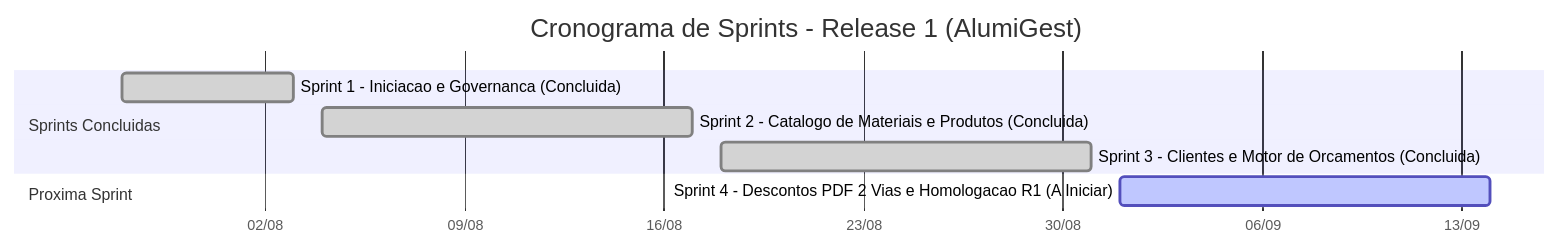
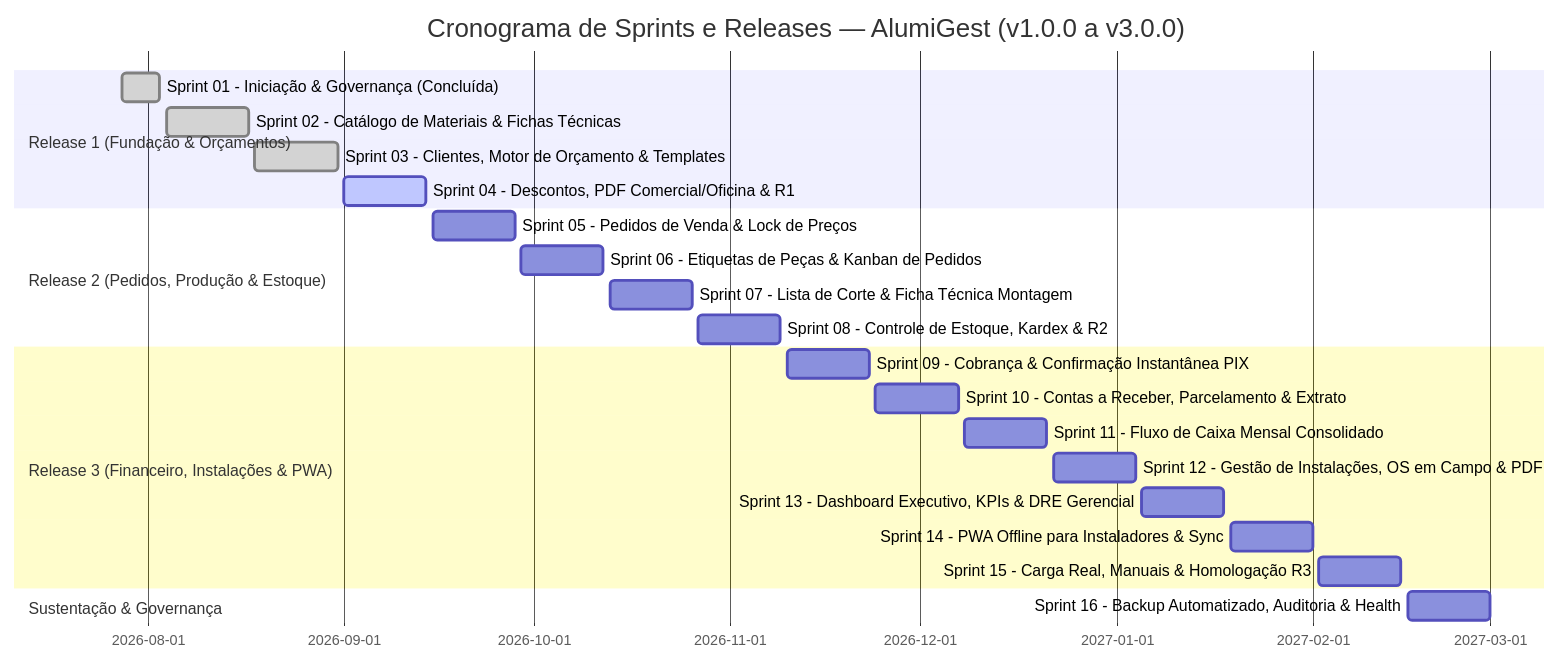
The diagram in docs/sistema/000-requisitos/PBL-Product_Backlog.md (ADS-IFPB-SR/alumigest), drawn with Mermaid before and after one commit. The commit also changed other lines of this file and 431 other files, not shown here.

First line of the commit message:
docs(sprint-05): consolidar governanca docs-as-code e encerramento da sprint 05 [US-10 / US-11]

````diff
--- a/docs/sistema/000-requisitos/PBL-Product_Backlog.md
+++ b/docs/sistema/000-requisitos/PBL-Product_Backlog.md
@@ -12,14 +13,25 @@
 ```mermaid
 gantt
-    title Cronograma de Sprints - Release 1 (AlumiGest)
+    title Cronograma de Sprints e Releases — AlumiGest (v1.0.0 a v3.0.0)
     dateFormat  YYYY-MM-DD
-    axisFormat  %d/%m
-
-    section Sprints Concluidas
-    Sprint 1 - Iniciacao e Governanca (Concluida)           :done, s1, 2026-07-28, 2026-08-03
-    Sprint 2 - Catalogo de Materiais e Produtos (Concluida) :done, s2, 2026-08-04, 2026-08-17
-    Sprint 3 - Clientes e Motor de Orcamentos (Concluida)   :done, s3, 2026-08-18, 2026-08-31
-
-    section Proxima Sprint
-    Sprint 4 - Descontos PDF 2 Vias e Homologacao R1 (A Iniciar) :active, s4, 2026-09-01, 2026-09-14
+    section Release 1 (Fundação & Orçamentos)
+    Sprint 01 - Iniciação & Governança (Concluída)        :done, s1, 2026-07-28, 2026-08-03
+    Sprint 02 - Catálogo de Materiais & Fichas Técnicas   :done, s2, 2026-08-04, 2026-08-17
+    Sprint 03 - Clientes, Motor de Orçamento & Templates  :done, s3, 2026-08-18, 2026-08-31
+    Sprint 04 - Descontos, PDF Comercial/Oficina & R1     :active, s4, 2026-09-01, 2026-09-14
+    section Release 2 (Pedidos, Produção & Estoque)
+    Sprint 05 - Pedidos de Venda & Lock de Preços         :s5, 2026-09-15, 2026-09-28
+    Sprint 06 - Etiquetas de Peças & Kanban de Pedidos     :s6, 2026-09-29, 2026-10-12
+    Sprint 07 - Lista de Corte & Ficha Técnica Montagem   :s7, 2026-10-13, 2026-10-26
+    Sprint 08 - Controle de Estoque, Kardex & R2          :s8, 2026-10-27, 2026-11-09
+    section Release 3 (Financeiro, Instalações & PWA)
+    Sprint 09 - Cobrança & Confirmação Instantânea PIX    :s9, 2026-11-10, 2026-11-23
+    Sprint 10 - Contas a Receber, Parcelamento & Extrato  :s10, 2026-11-24, 2026-12-07
+    Sprint 11 - Fluxo de Caixa Mensal Consolidado         :s11, 2026-12-08, 2026-12-21
+    Sprint 12 - Gestão de Instalações, OS em Campo & PDF  :s12, 2026-12-22, 2027-01-04
+    Sprint 13 - Dashboard Executivo, KPIs & DRE Gerencial :s13, 2027-01-05, 2027-01-18
+    Sprint 14 - PWA Offline para Instaladores & Sync      :s14, 2027-01-19, 2027-02-01
+    Sprint 15 - Carga Real, Manuais & Homologação R3      :s15, 2027-02-02, 2027-02-15
+    section Sustentação & Governança
+    Sprint 16 - Backup Automatizado, Auditoria & Health   :s16, 2027-02-16, 2027-03-01
 ```
````
